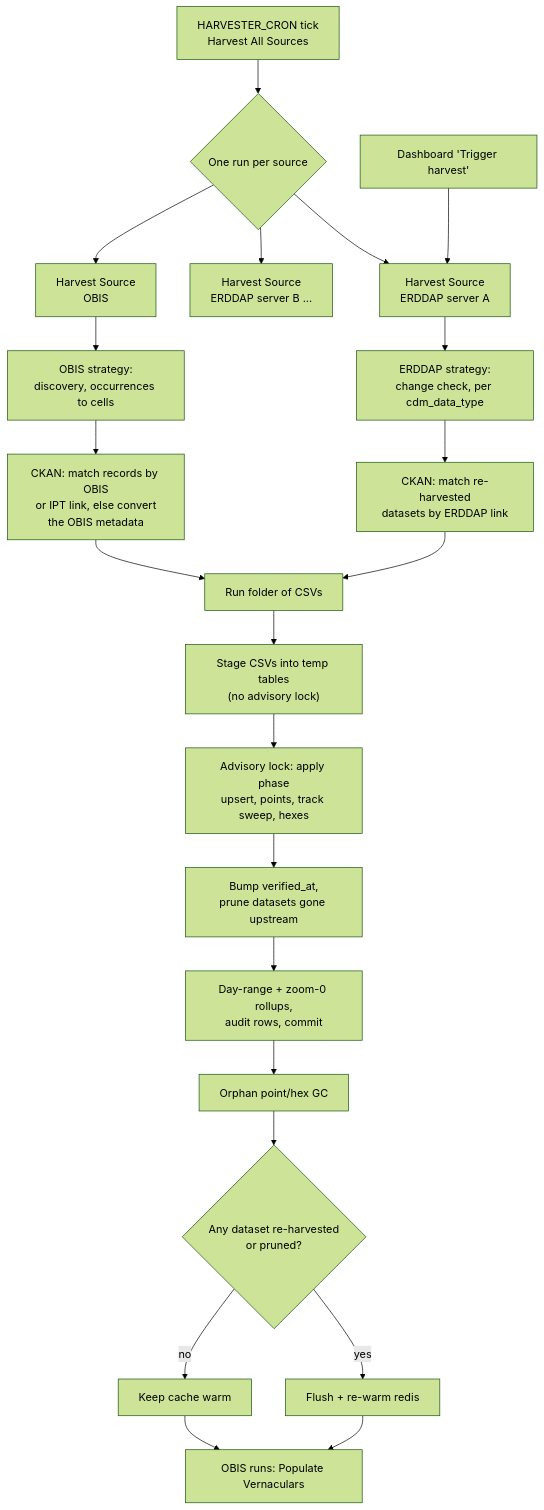
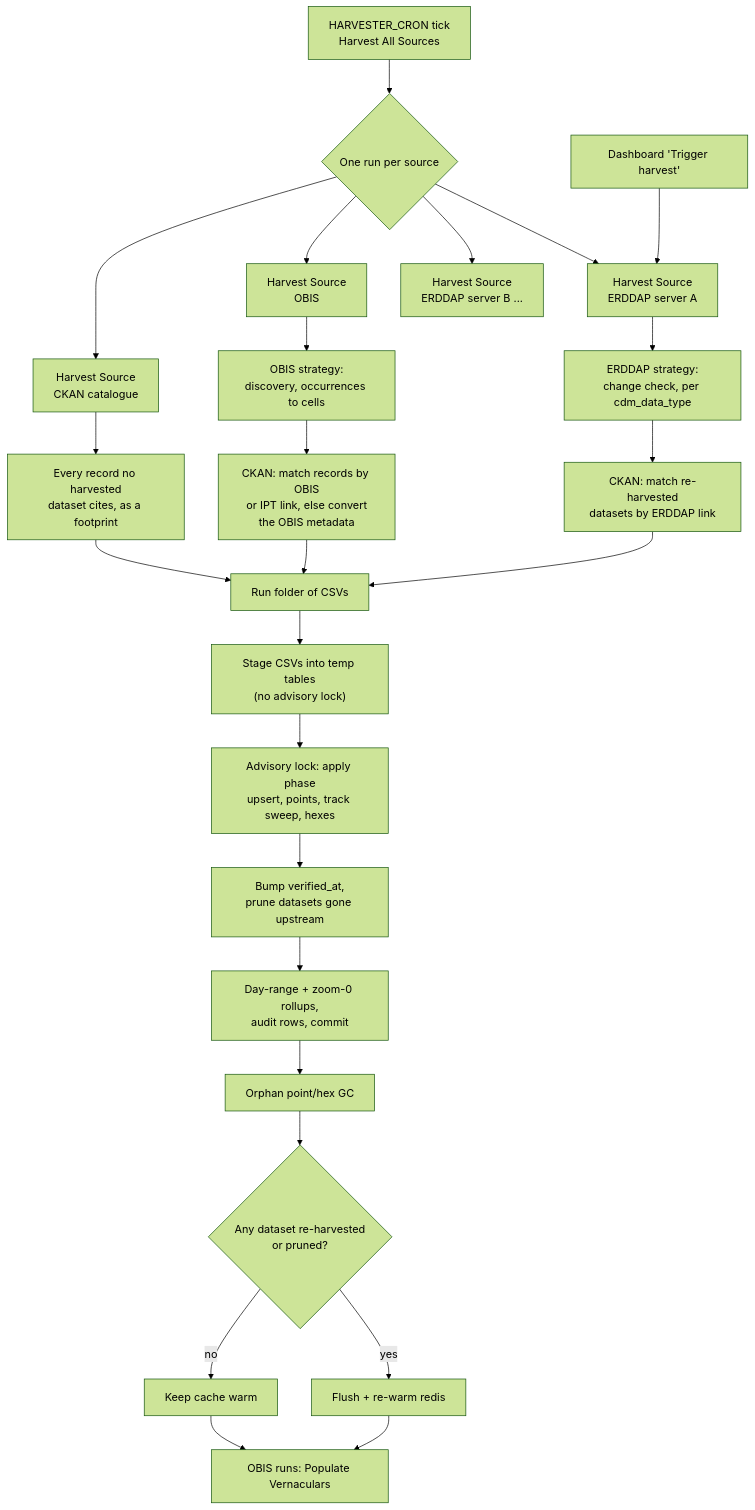
Before and after one commit to cioos-siooc/explore-cioos: the diagram in docs/harvesting/workflow.md, drawn with Mermaid (forest theme). The commit also changed other lines of this file and 12 other files, not shown here.

First line of the commit message:
feat(harvester): load uncited CKAN catalogue records as footprint-only datasets

````diff
--- a/docs/harvesting/workflow.md
+++ b/docs/harvesting/workflow.md
@@ -27,27 +27,31 @@
 ```mermaid
 flowchart TD
     cron["HARVESTER_CRON tick<br/>Harvest All Sources"] --> fan{"One run per source"}
     fan --> e1["Harvest Source<br/>ERDDAP server A"]
     fan --> e2["Harvest Source<br/>ERDDAP server B ..."]
     fan --> o["Harvest Source<br/>OBIS"]
+    fan --> c["Harvest Source<br/>CKAN catalogue"]
     dash["Dashboard 'Trigger harvest'"] --> e1
 
     e1 --> ehv["ERDDAP strategy:<br/>change check, per cdm_data_type"]
     ehv --> ckan["CKAN: match re-harvested<br/>datasets by ERDDAP link"]
     ckan --> csv["Run folder of CSVs"]
 
     o --> ohv["OBIS strategy:<br/>discovery, occurrences to cells"]
     ohv --> ockan["CKAN: match records by OBIS<br/>or IPT link, else convert<br/>the OBIS metadata"]
     ockan --> csv
+
+    c --> chv["Every record no harvested<br/>dataset cites, as a footprint"]
+    chv --> csv
 
     csv --> stage["Stage CSVs into temp tables<br/>(no advisory lock)"]
     stage --> apply["Advisory lock: apply phase<br/>upsert, points, track sweep, hexes"]
     apply --> prune["Bump verified_at,<br/>prune datasets gone upstream"]
     prune --> rollup["Day-range + zoom-0 rollups,<br/>audit rows, commit"]
     rollup --> gc["Orphan point/hex GC"]
     gc --> redis{"Any dataset re-harvested<br/>or pruned?"}
     redis -- yes --> flush["Flush + re-warm redis"]
     redis -- no --> keep["Keep cache warm"]
     flush --> vern["OBIS runs: Populate Vernaculars"]
     keep --> vern
 ```
````
